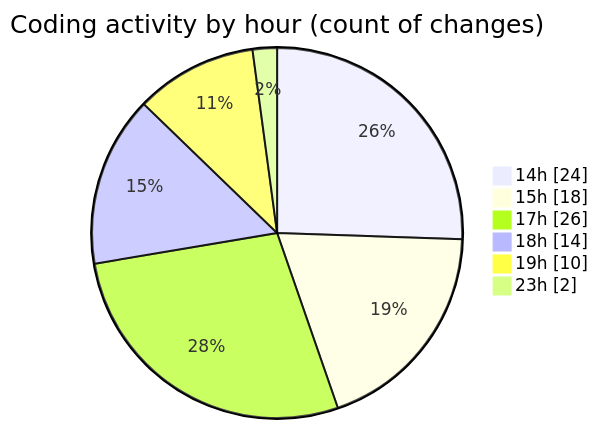
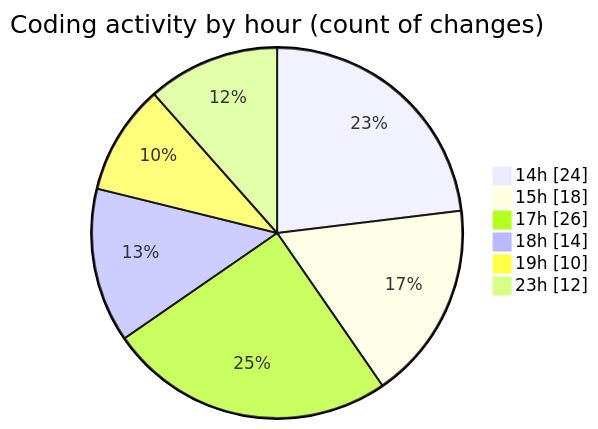
Before and after one commit to Elitesun/code-tracking: the second of 2 diagrams in 2025-04-22/indesign/README.md, drawn with Mermaid. The commit also changed other lines of this file and 1 other file, not shown here.

````diff
--- a/2025-04-22/indesign/README.md
+++ b/2025-04-22/indesign/README.md
@@ -48,10 +48,10 @@
 ```mermaid
 pie showData
 title Coding activity by hour (count of changes)
 "14h" : 24
 "15h" : 18
 "17h" : 26
 "18h" : 14
 "19h" : 10
-"23h" : 2
+"23h" : 12
 ```
````
